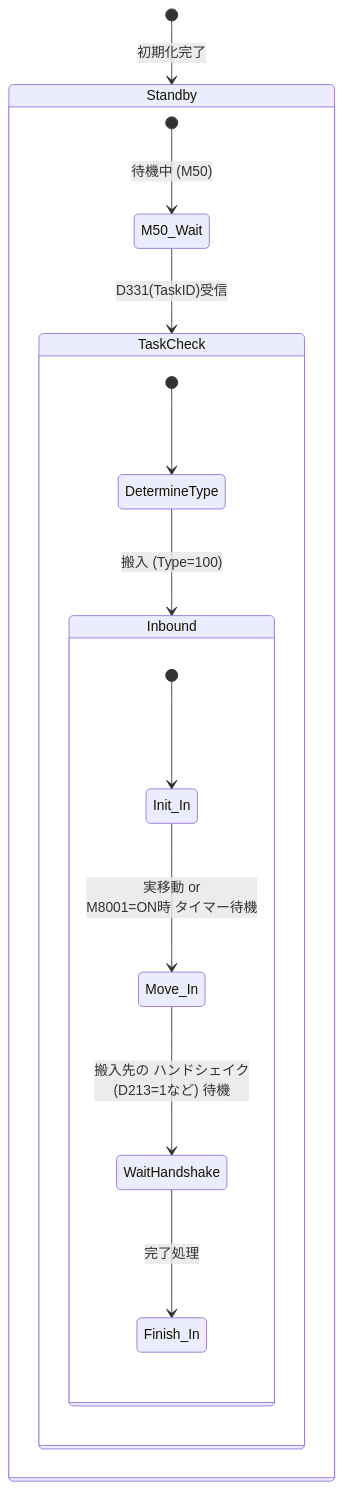
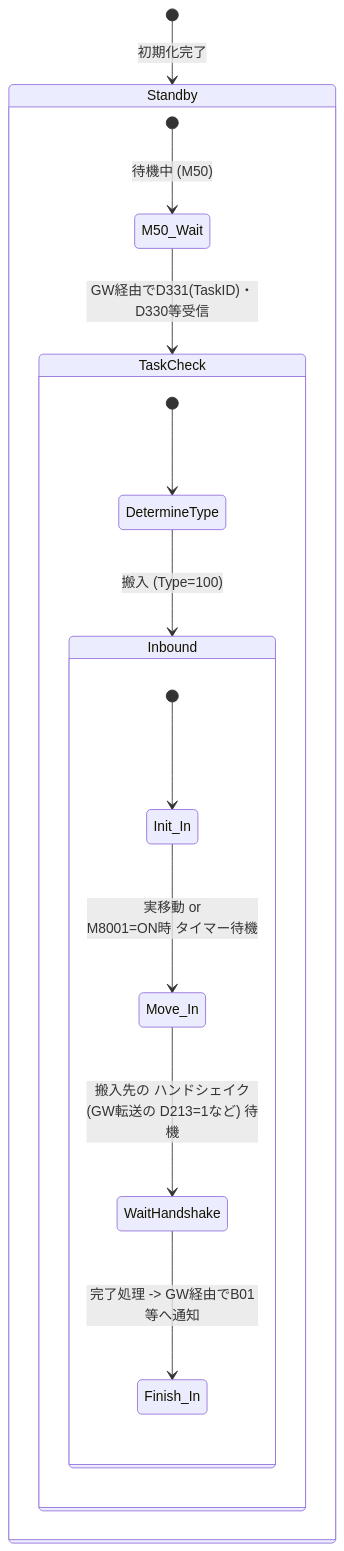
Before and after one commit to iceplantengineering/YTEC: the seventh of 7 diagrams in DOC3/plc_flowcharts.md, drawn with Mermaid. The commit also changed other lines of this file and 30 other files, not shown here.

````diff
--- a/DOC3/plc_flowcharts.md
+++ b/DOC3/plc_flowcharts.md
@@ -145,21 +172,21 @@
 ```mermaid
 stateDiagram-v2
     [*] --> Standby: 初期化完了
 
     state Standby {
         [*] --> M50_Wait: 待機中 (M50)
-        M50_Wait --> TaskCheck: D331(TaskID)受信
+        M50_Wait --> TaskCheck: GW経由でD331(TaskID)・D330等受信
     }
 
     state TaskCheck {
         [*] --> DetermineType
         DetermineType --> Inbound: 搬入 (Type=100)
     }
 
     state Inbound {
         [*] --> Init_In
         Init_In --> Move_In: 実移動 or<br/> M8001=ON時 タイマー待機
-        Move_In --> WaitHandshake: 搬入先の ハンドシェイク<br/>(D213=1など) 待機
-        WaitHandshake --> Finish_In: 完了処理
+        Move_In --> WaitHandshake: 搬入先の ハンドシェイク<br/>(GW転送の D213=1など) 待機
+        WaitHandshake --> Finish_In: 完了処理 -> GW経由でB01等へ通知
     }
 ```
````
